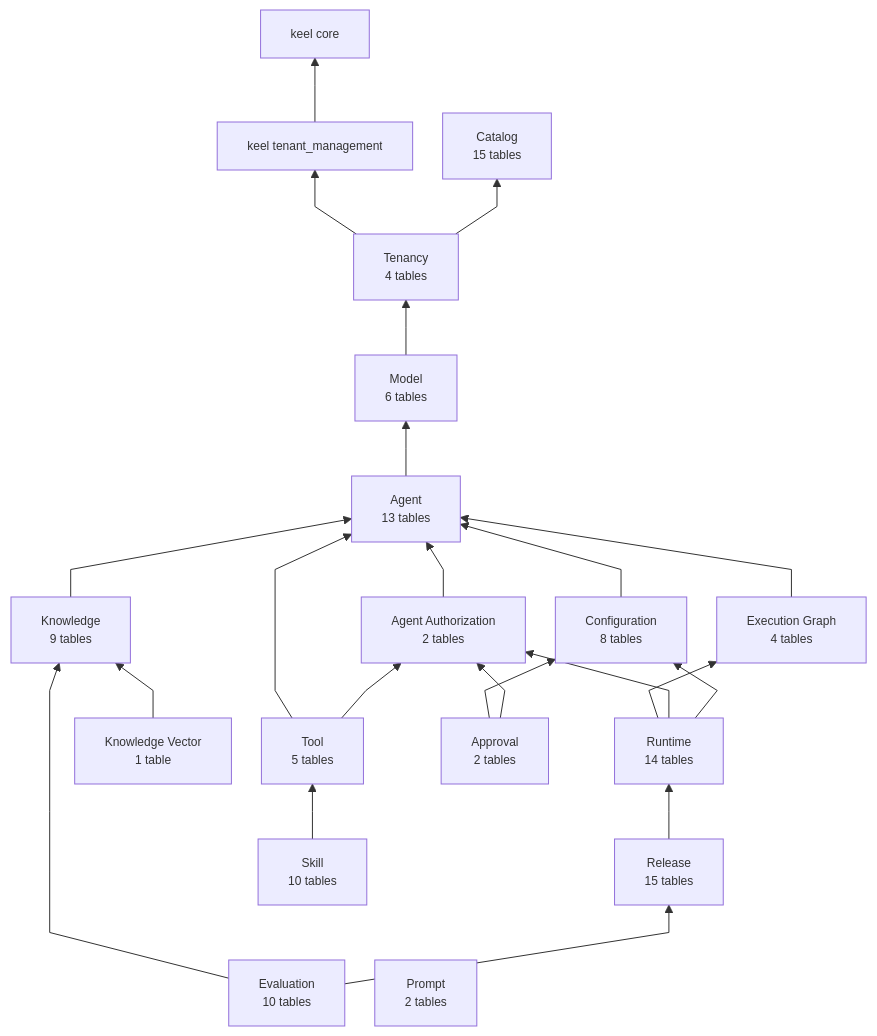
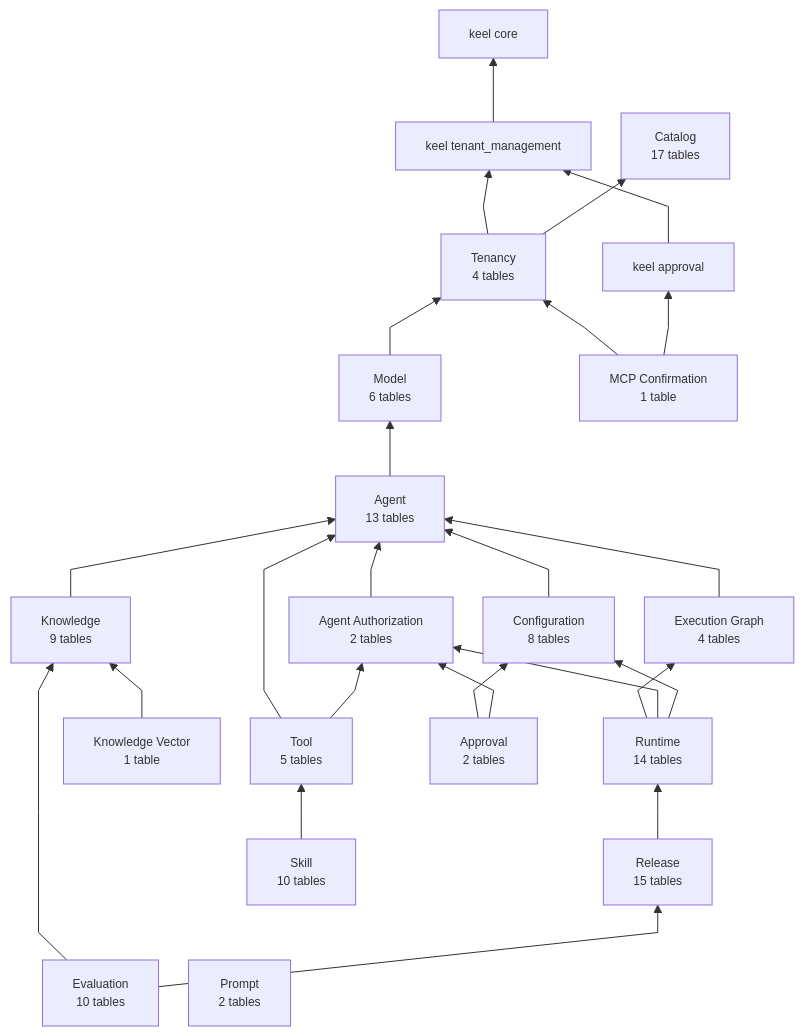
Before and after one commit to nauticana/scout: the first of 18 diagrams in doc/database.md, drawn with Mermaid. The commit also changed other lines of this file and 29 other files, not shown here.

Commit message:
keel v1.2.100, confirmed MCP tool calls, turn approval tables renamed, restriction changes audited atomically

````diff
--- a/doc/database.md
+++ b/doc/database.md
@@ -21,45 +21,50 @@
 ```mermaid
 %%{init: {"flowchart": {"curve": "linear", "nodeSpacing": 30, "rankSpacing": 55, "diagramPadding": 12}, "themeVariables": {"fontSize": "12px"}}}%%
 flowchart BT
 
     tenant_management --> core
     tenancy --> tenant_management
     tenancy --> catalog
     model --> tenancy
     agent --> model
     tool --> agent
     tool --> agent_authorization_module
     knowledge --> agent
     configuration_module --> agent
     execution_graph_module --> agent
     agent_authorization_module --> agent
     knowledge_vector --> knowledge
     runtime --> execution_graph_module
     runtime --> agent_authorization_module
     runtime --> configuration_module
     release --> runtime
     evaluation --> knowledge
     evaluation --> release
     approval --> configuration_module
     approval --> agent_authorization_module
     skill --> tool
+    mcp_confirmation --> tenancy
+    mcp_confirmation --> keel_approval
+    keel_approval --> tenant_management
 
     core["keel core"]
     tenant_management["keel tenant_management"]
-    catalog["Catalog<br/>15 tables"]
+    keel_approval["keel approval"]
+    catalog["Catalog<br/>17 tables"]
     tenancy["Tenancy<br/>4 tables"]
     prompt["Prompt<br/>2 tables"]
     model["Model<br/>6 tables"]
     agent["Agent<br/>13 tables"]
     tool["Tool<br/>5 tables"]
     execution_graph_module["Execution Graph<br/>4 tables"]
     knowledge["Knowledge<br/>9 tables"]
     knowledge_vector["Knowledge Vector<br/>1 table"]
     runtime["Runtime<br/>14 tables"]
     release["Release<br/>15 tables"]
     evaluation["Evaluation<br/>10 tables"]
     agent_authorization_module["Agent Authorization<br/>2 tables"]
     configuration_module["Configuration<br/>8 tables"]
     approval["Approval<br/>2 tables"]
     skill["Skill<br/>10 tables"]
+    mcp_confirmation["MCP Confirmation<br/>1 table"]
 ```
````
